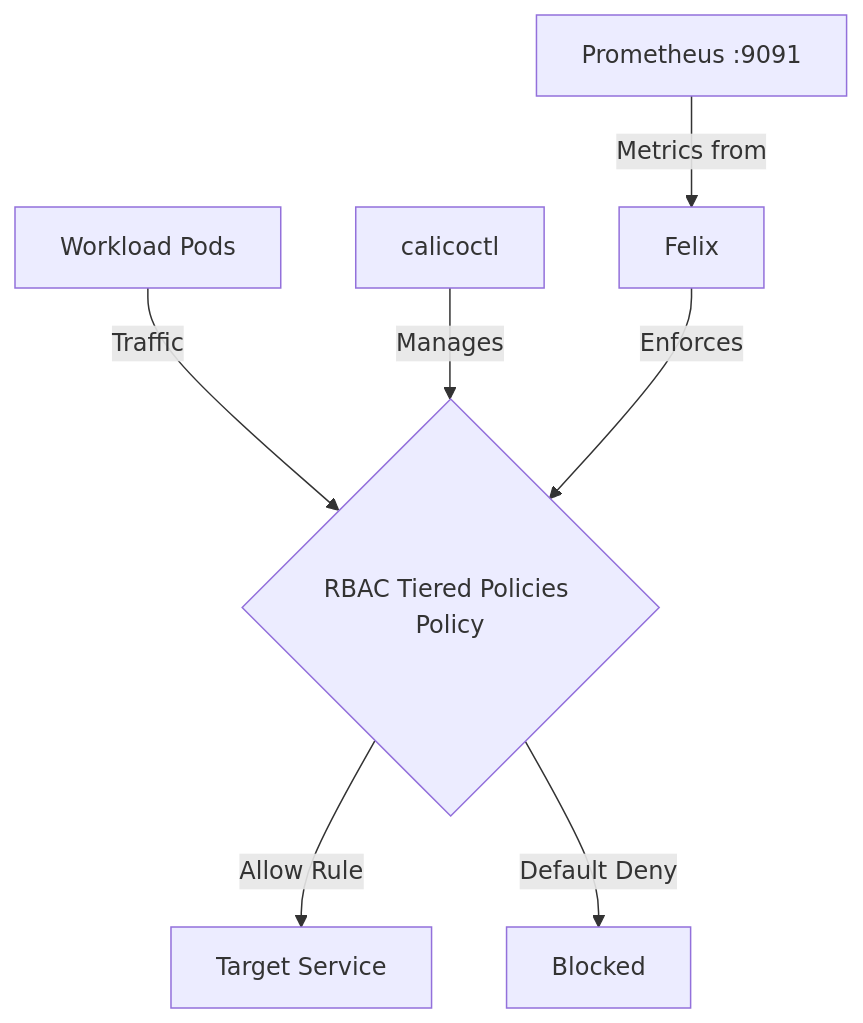
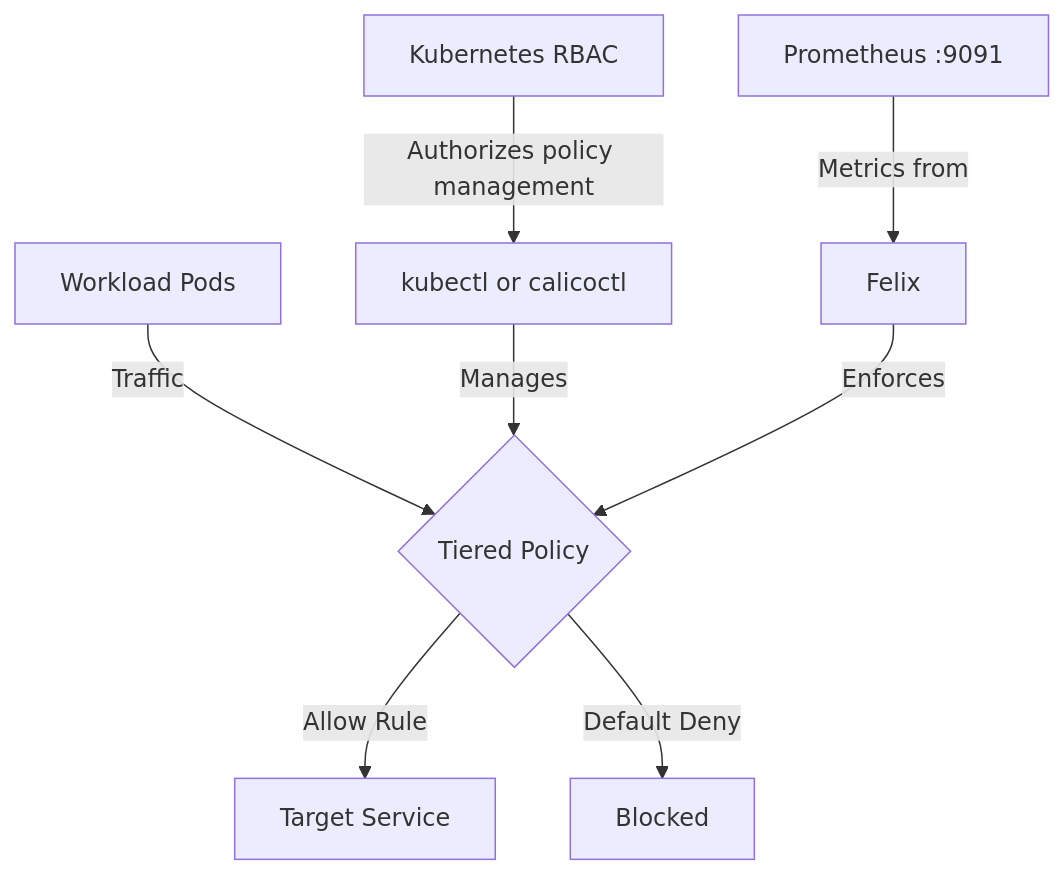
The diagram in posts/2026-03-13-debug-rbac-tiered-policies-calico-blocked/README.md (OneUptime/blog), drawn with Mermaid before and after one commit. The commit also changed other lines of this file and 2 other files, not shown here.

Commit message:
validate: 2026-03-13-debug-rbac-tiered-policies-calico-blocked

````diff
--- a/posts/2026-03-13-debug-rbac-tiered-policies-calico-blocked/README.md
+++ b/posts/2026-03-13-debug-rbac-tiered-policies-calico-blocked/README.md
@@ -92,9 +148,10 @@
 ```mermaid
 flowchart TD
-    A[Workload Pods] -->|Traffic| B{RBAC Tiered Policies Policy}
+    A[Workload Pods] -->|Traffic| B{Tiered Policy}
     B -->|Allow Rule| C[Target Service]
     B -->|Default Deny| D[Blocked]
-    E[calicoctl] -->|Manages| B
+    E[kubectl or calicoctl] -->|Manages| B
     F[Felix] -->|Enforces| B
     G[Prometheus :9091] -->|Metrics from| F
+    H[Kubernetes RBAC] -->|Authorizes policy management| E
 ```
````
